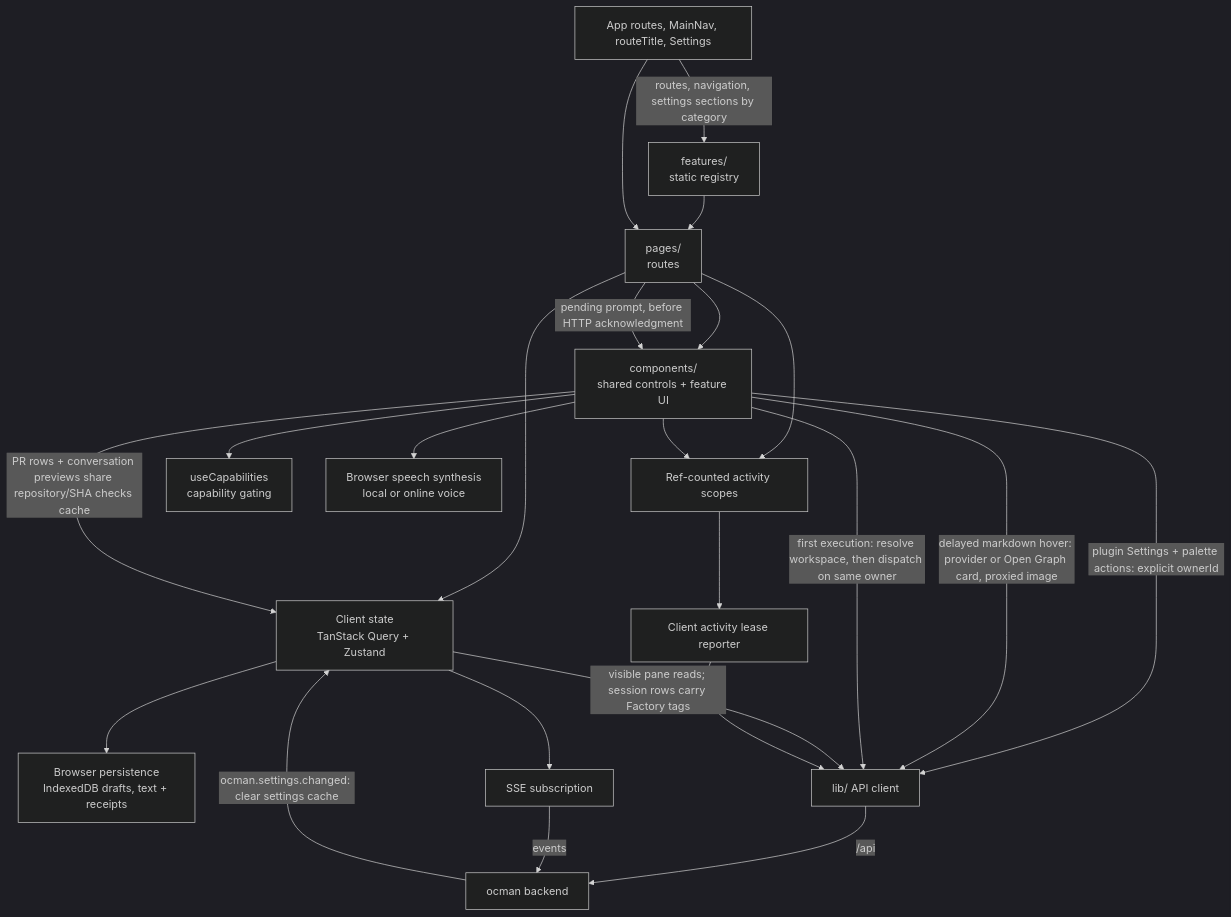
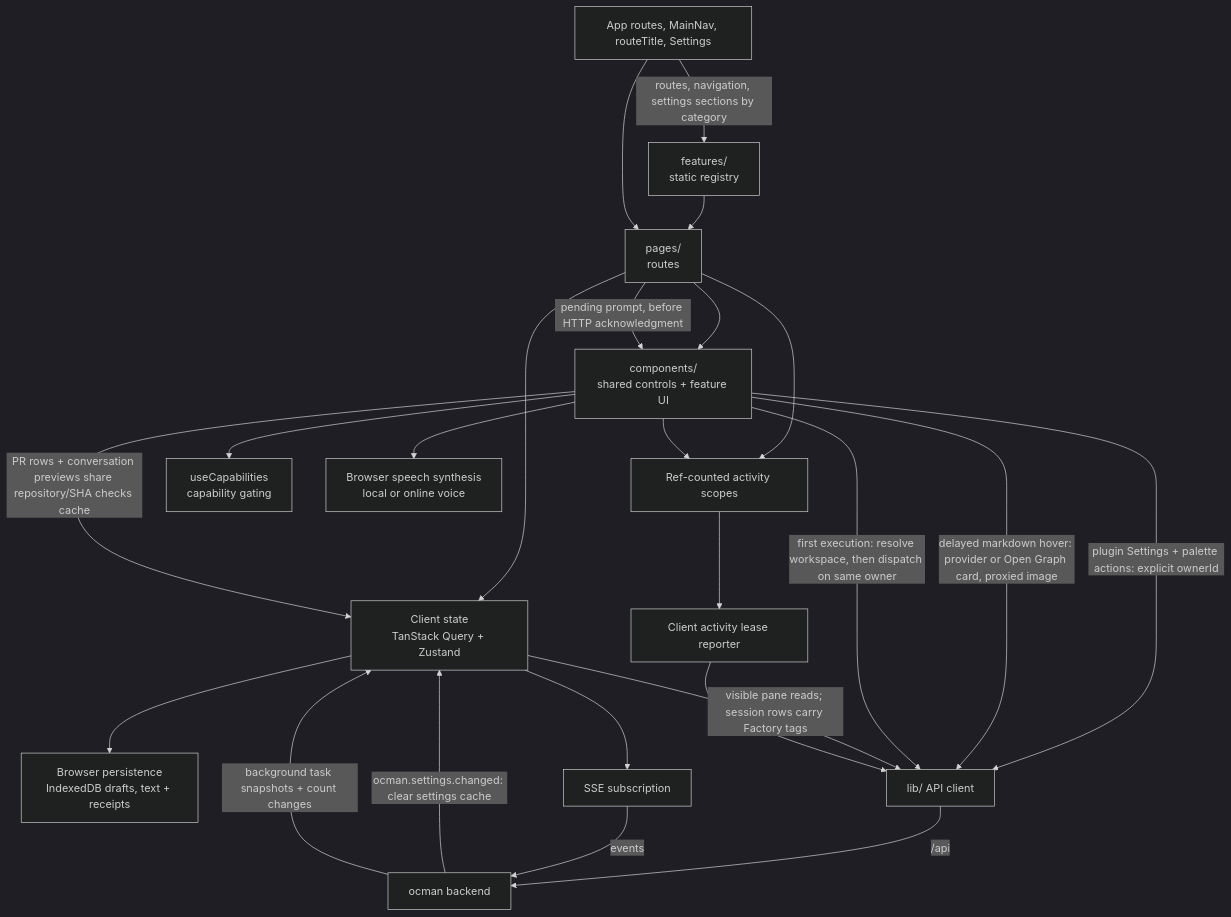
One commit to ocman/ocman changed the fourth of 6 diagrams in docs/other/architecture.md. Above: the diagram before and after it, drawn with Mermaid (dark theme). The commit also changed other lines of this file and 20 other files, not shown here.

Commit message:
feat(composer): show current session background task count

````diff
--- a/docs/other/architecture.md
+++ b/docs/other/architecture.md
@@ -878,25 +878,26 @@
 ```mermaid
 flowchart TD
     Shell[App routes, MainNav, routeTitle, Settings] -->|routes, navigation, settings sections by category| Features[features/<br/>static registry]
     Features --> Pages
     Shell --> Pages
     Pages[pages/<br/>routes] --> Comp[components/<br/>shared controls + feature UI]
     Pages --> Stores[Client state<br/>TanStack Query + Zustand]
     Pages -->|pending prompt, before HTTP acknowledgment| Comp
     Stores --> Persistence[Browser persistence<br/>IndexedDB drafts, text + receipts]
     Comp -->|PR rows + conversation previews share repository/SHA checks cache| Stores
     Comp -->|plugin Settings + palette actions: explicit ownerId| API
     Comp -->|delayed markdown hover: provider or Open Graph card, proxied image| API
     Comp -->|first execution: resolve workspace, then dispatch on same owner| API
     Stores -->|visible pane reads; session rows carry Factory tags| API[lib/ API client]
     Stores --> SSE[SSE subscription]
     Pages --> Scopes[Ref-counted activity scopes]
     Comp --> Scopes
     Scopes --> Reporter[Client activity lease reporter]
     Reporter --> API
     API -->|/api| Hub[ocman backend]
     SSE -->|events| Hub
     Hub -->|ocman.settings.changed: clear settings cache| Stores
+    Hub -->|background task snapshots + count changes| Stores
     Comp --> Caps[useCapabilities<br/>capability gating]
     Comp --> Speech[Browser speech synthesis<br/>local or online voice]
 ```
````
